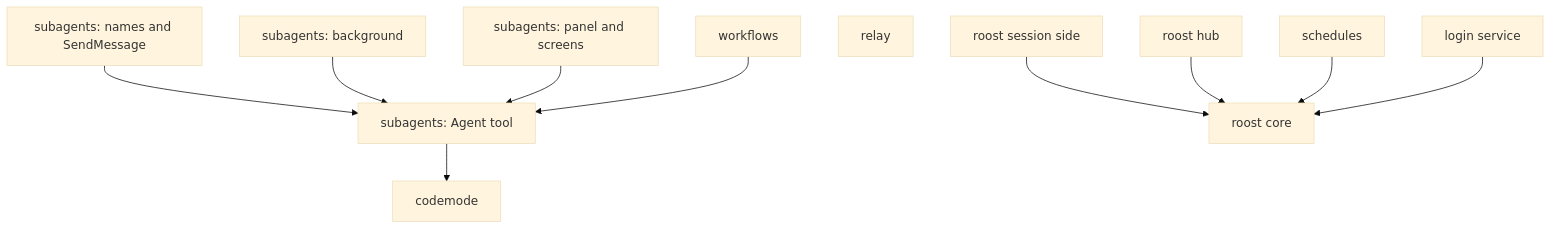
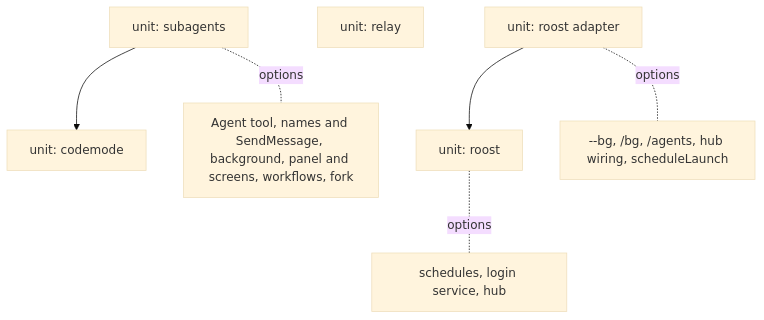
The diagram in packages/xpi-coding-agent/docs/porting.md (luoxin9510/xin-pi), drawn with Mermaid (base theme) before and after one commit. The commit also changed other lines of this file and 2 other files, not shown here.

First line of the commit message:
docs: porting menu by units and options (review round 1)

````diff
--- a/packages/xpi-coding-agent/docs/porting.md
+++ b/packages/xpi-coding-agent/docs/porting.md
@@ -25,24 +34,13 @@
 ```mermaid
 graph TD
-  codemode[codemode]
-  agent[subagents: Agent tool]
-  names[subagents: names and SendMessage]
-  bg[subagents: background]
-  panel[subagents: panel and screens]
-  workflows[workflows]
-  relay[relay]
-  core[roost core]
-  session[roost session side]
-  hub[roost hub]
-  schedules[schedules]
-  service[login service]
-  agent --> codemode
-  names --> agent
-  bg --> agent
-  panel --> agent
-  workflows --> agent
-  session --> core
-  hub --> core
-  schedules --> core
-  service --> core
+  codemode[unit: codemode]
+  subagents[unit: subagents]
+  relay[unit: relay]
+  roost[unit: roost]
+  adapter[unit: roost adapter]
+  subagents --> codemode
+  adapter --> roost
+  subagents -. options .- o1[Agent tool, names and SendMessage, background, panel and screens, workflows, fork]
+  roost -. options .- o2[schedules, login service, hub]
+  adapter -. options .- o3[--bg, /bg, /agents, hub wiring, scheduleLaunch]
 ```
````
